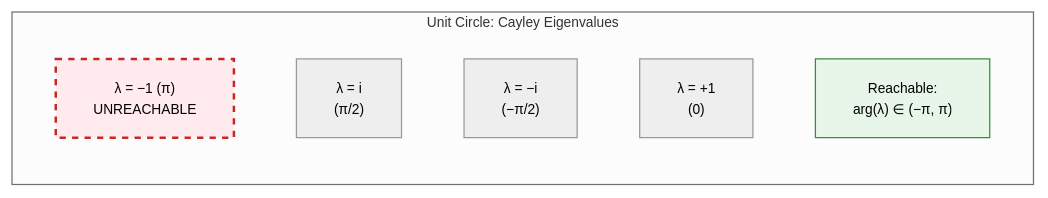
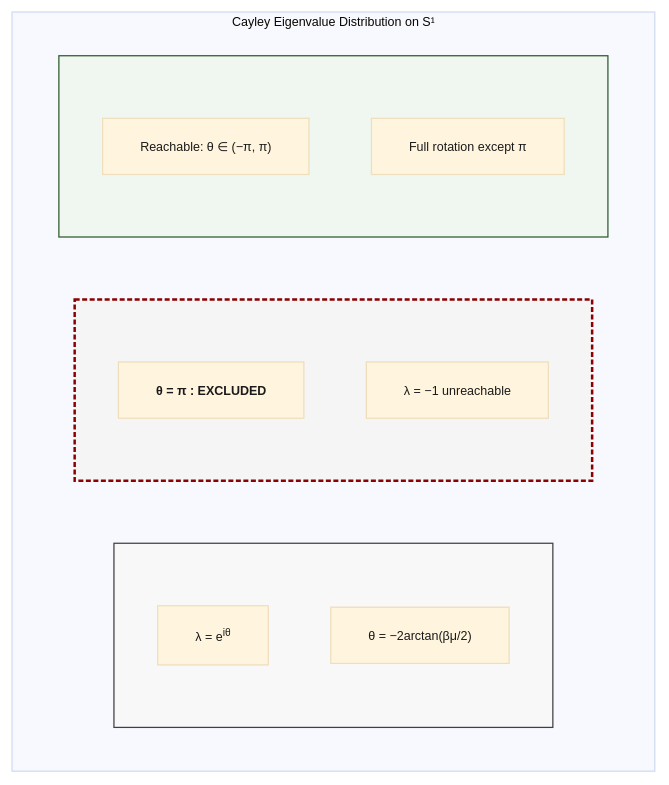
Before and after one commit to arash-shahmansoori/edelta: the second of 7 diagrams in docs/RESEARCH_V3.md, drawn with Mermaid. The commit also changed other lines of this file, not shown here.

First line of the commit message:
Revise all Mermaid diagrams to publication-quality standards

````diff
--- a/docs/RESEARCH_V3.md
+++ b/docs/RESEARCH_V3.md
@@ -436,15 +444,23 @@
 ```mermaid
-%%{init: {'theme': 'neutral', 'themeVariables': { 'fontSize': '11px'}}}%%
-flowchart LR
-    subgraph CIRCLE["Unit Circle: Cayley Eigenvalues"]
-        direction TB
-        TOP["λ = −1 (π)<br/>UNREACHABLE"]
-        LEFT["λ = i<br/>(π/2)"]
-        RIGHT["λ = −i<br/>(−π/2)"]
-        BOT["λ = +1<br/>(0)"]
-        REACH["Reachable:<br/>arg(λ) ∈ (−π, π)"]
+%%{init: {'theme': 'base', 'themeVariables': { 'fontSize': '10px', 'fontFamily': 'Times New Roman, serif', 'primaryTextColor': '#1a1a1a'}}}%%
+flowchart TB
+    subgraph UNIT["Cayley Eigenvalue Distribution on S¹"]
+        direction LR
+        subgraph LEFT[" "]
+            L1["λ = e<sup>iθ</sup>"]
+            L2["θ = −2arctan(βμ/2)"]
+        end
+        subgraph CENTER[" "]
+            C1["<b>θ = π : EXCLUDED</b>"]
+            C2["λ = −1 unreachable"]
+        end
+        subgraph RIGHT[" "]
+            R1["Reachable: θ ∈ (−π, π)"]
+            R2["Full rotation except π"]
+        end
     end
     
-    style TOP fill:#ffebee,stroke:#c62828,stroke-width:2px,stroke-dasharray: 5 5
-    style REACH fill:#e8f5e9,stroke:#388e3c,stroke-width:1px
+    style CENTER fill:#f5f5f5,stroke:#8b0000,stroke-width:2px,stroke-dasharray:4 2
+    style LEFT fill:#f8f8f8,stroke:#404040,stroke-width:1px
+    style RIGHT fill:#f0f7f0,stroke:#2d5a2d,stroke-width:1px
 ```
````
